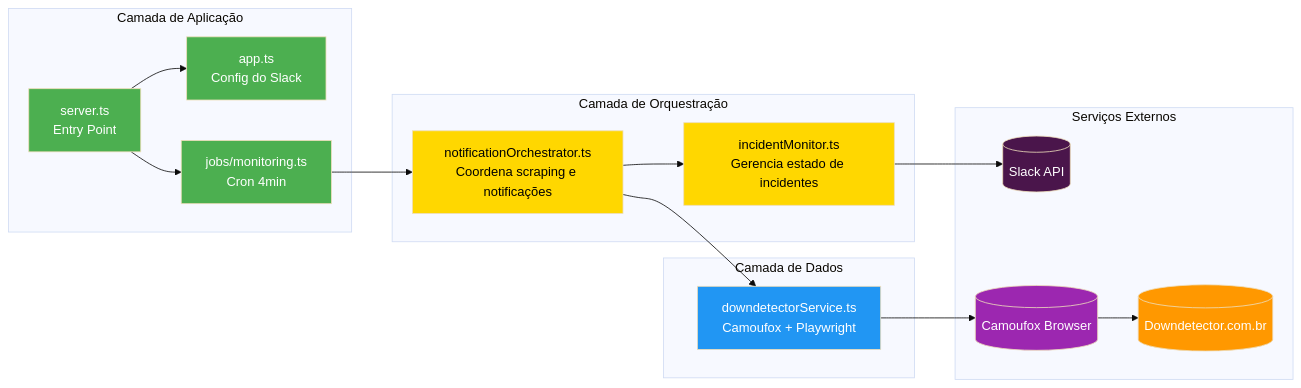
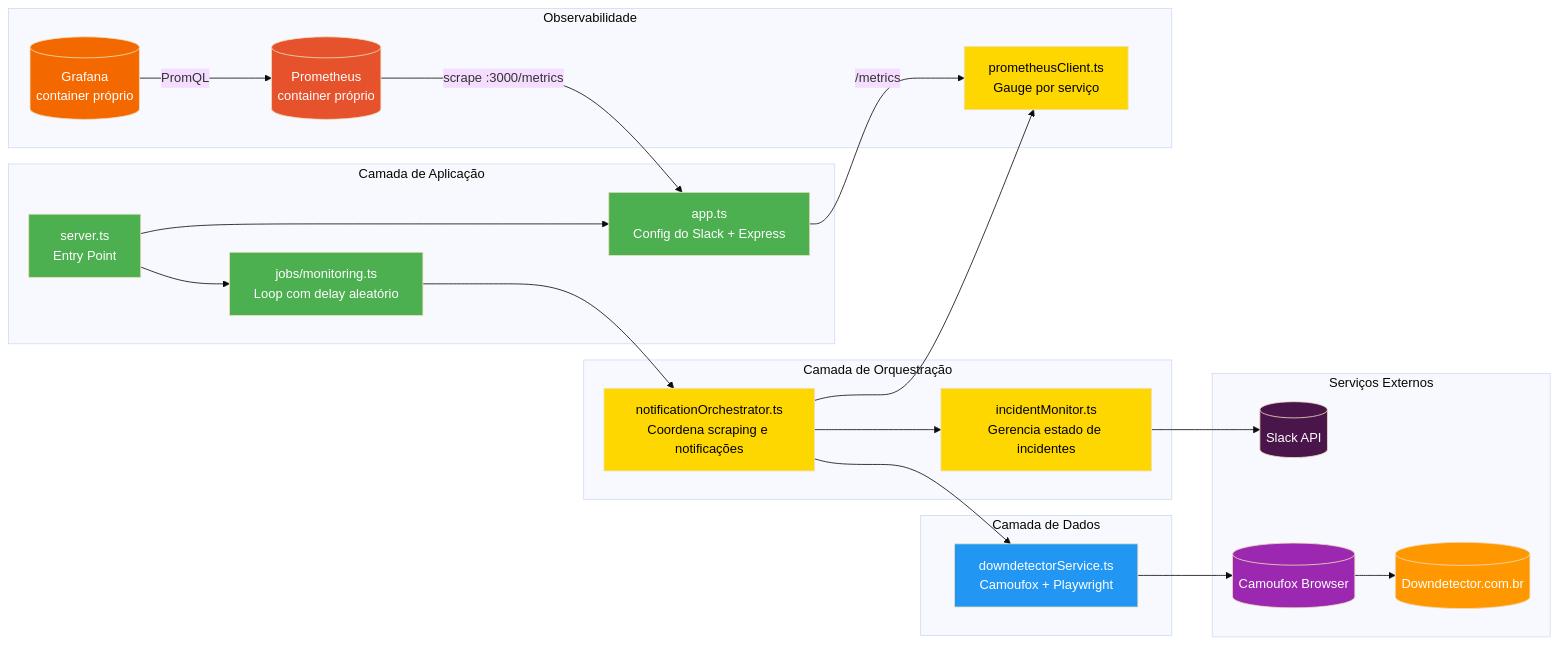
One commit to eduardotashiro/downdetector-slack changed the second of 4 diagrams in README.md. Above: the diagram before and after it, drawn with Mermaid (base theme). The commit also changed other lines of this file and 1 other file, not shown here.

````diff
--- a/README.md
+++ b/README.md
@@ -272,45 +282,59 @@
 ```mermaid
 graph LR
     subgraph "Camada de Aplicação"
         Server[server.ts<br/>Entry Point]
-        App[app.ts<br/>Config do Slack]
-        Job[jobs/monitoring.ts<br/>Cron 4min]
+        App[app.ts<br/>Config do Slack + Express]
+        Job[jobs/monitoring.ts<br/>Loop com delay aleatório]
     end
 
     subgraph "Camada de Orquestração"
         Orchestrator[notificationOrchestrator.ts<br/>Coordena scraping e notificações]
         Incident[incidentMonitor.ts<br/>Gerencia estado de incidentes]
     end
 
     subgraph "Camada de Dados"
         Scraper[downdetectorService.ts<br/>Camoufox + Playwright]
+    end
+
+    subgraph "Observabilidade"
+        Metrics[prometheusClient.ts<br/>Gauge por serviço]
+        PromSvc[(Prometheus<br/>container próprio)]
+        GrafanaSvc[(Grafana<br/>container próprio)]
     end
 
     subgraph "Serviços Externos"
         Downdetector[(Downdetector.com.br)]
         SlackAPI[(Slack API)]
         Camoufox[(Camoufox Browser)]
     end
 
     Server --> Job
     Server --> App
     Job --> Orchestrator
 
     Orchestrator --> Scraper
     Orchestrator --> Incident
+    Orchestrator --> Metrics
 
     Scraper --> Camoufox
     Camoufox --> Downdetector
 
     Incident --> SlackAPI
 
+    App -- "/metrics" --> Metrics
+    PromSvc -- "scrape :3000/metrics" --> App
+    GrafanaSvc -- "PromQL" --> PromSvc
+
     style Server fill:#4CAF50,color:#fff
     style App fill:#4CAF50,color:#fff
     style Job fill:#4CAF50,color:#fff
     style Orchestrator fill:#FFD700,color:#000
     style Incident fill:#FFD700,color:#000
+    style Metrics fill:#FFD700,color:#000
     style Scraper fill:#2196F3,color:#fff
     style Downdetector fill:#FF9800,color:#fff
     style SlackAPI fill:#4A154B,color:#fff
     style Camoufox fill:#9C27B0,color:#fff
+    style PromSvc fill:#E6522C,color:#fff
+    style GrafanaSvc fill:#F46800,color:#fff
 ```
````
